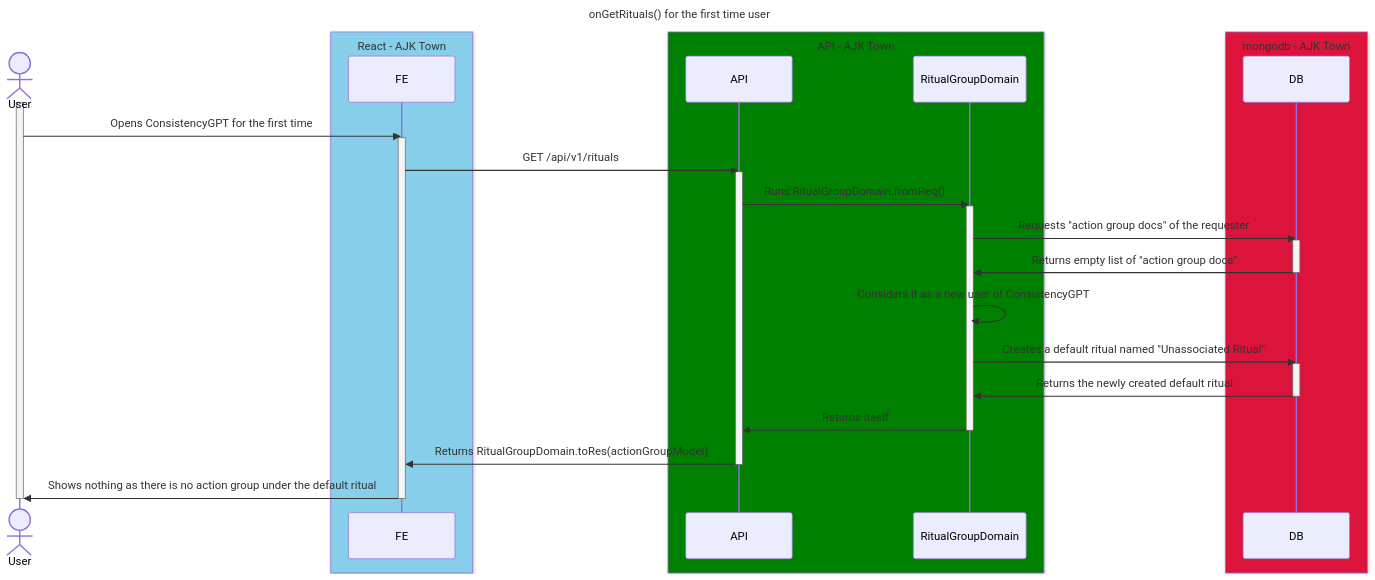
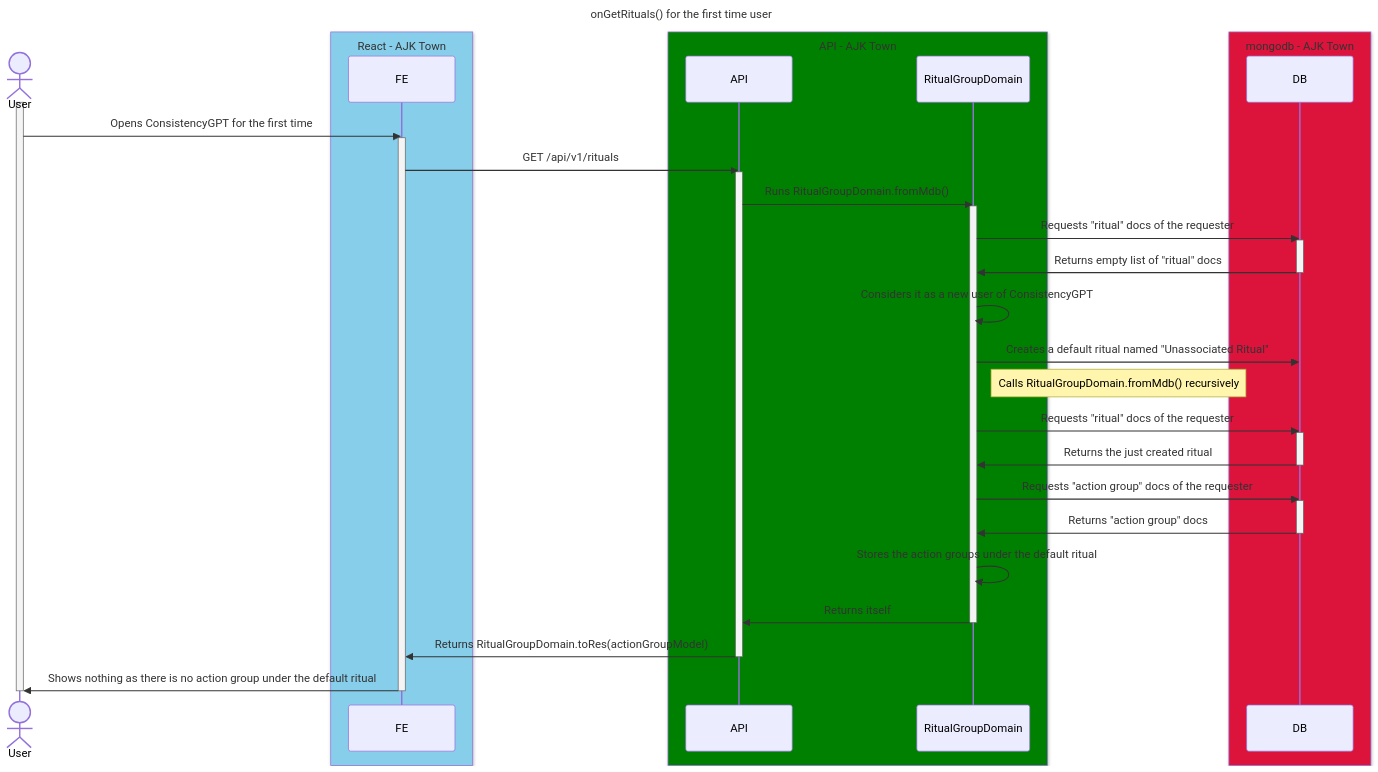
One commit to ajktown/docs changed the diagram in dev_consistency/diagrams/on-get-rituals-first-time.md. Above: the diagram before and after it, drawn with Mermaid.

````diff
--- a/dev_consistency/diagrams/on-get-rituals-first-time.md
+++ b/dev_consistency/diagrams/on-get-rituals-first-time.md
@@ -18,42 +18,49 @@
 ```mermaid
 
 sequenceDiagram
 title: onGetRituals() for the first time user
 
 actor user as User
 box SkyBlue React - AJK Town
   participant fe as FE
 end
 box Green API - AJK Town
   participant api as API
   participant domain as RitualGroupDomain
 end
 box Crimson mongodb - AJK Town
   participant db as DB
 end
 
 
 activate user
   user ->> fe: Opens ConsistencyGPT for the first time
   activate fe
     fe ->> api: GET /api/v1/rituals
     activate api
-      api ->> domain: Runs RitualGroupDomain.fromReq()
+      api ->> domain: Runs RitualGroupDomain.fromMdb()
       activate domain
-        domain ->> db: Requests "action group docs" of the requester
+        domain ->> db: Requests "ritual" docs of the requester
         activate db
-          db ->> domain: Returns empty list of "action group docs"
+          db ->> domain: Returns empty list of "ritual" docs
         deactivate db
         domain ->> domain: Considers it as a new user of ConsistencyGPT
         domain ->> db: Creates a default ritual named "Unassociated Ritual"
+        Note right of domain: Calls RitualGroupDomain.fromMdb() recursively
+        domain ->> db: Requests "ritual" docs of the requester
         activate db
-          db ->> domain: Returns the newly created default ritual
+          db ->> domain: Returns the just created ritual
         deactivate db
+        domain ->> db: Requests "action group" docs of the requester
+        activate db
+          db ->> domain: Returns "action group" docs
+        deactivate db
+        domain ->> domain: Stores the action groups under the default ritual
         domain ->> api: Returns itself
       deactivate domain
       api ->> fe: Returns RitualGroupDomain.toRes(actionGroupModel)
     deactivate api
     fe ->> user: Shows nothing as there is no action group under the default ritual
   deactivate fe
 deactivate user
 ```
````
